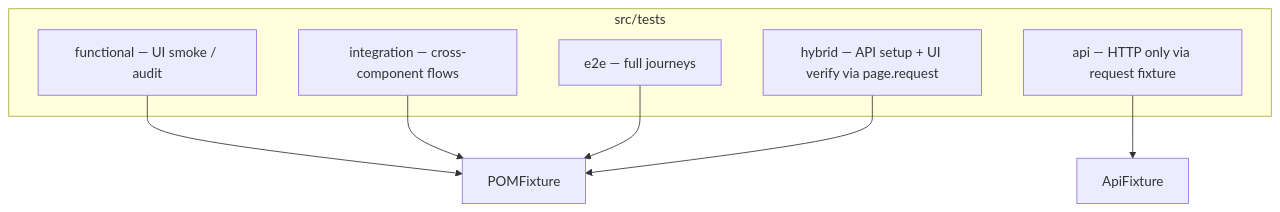
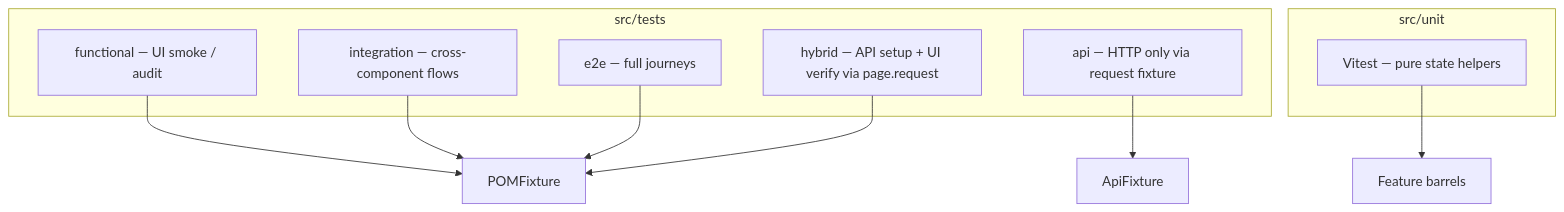
Before and after one commit to NandaRam153/Opencart-Playwright-Typescript-automation: the third of 4 diagrams in docs/ARCHITECTURE.md, drawn with Mermaid. The commit also changed other lines of this file and 19 other files, not shown here.

First line of the commit message:
Enhance testing framework by integrating Vitest for unit tests and updating documentation.

````diff
--- a/docs/ARCHITECTURE.md
+++ b/docs/ARCHITECTURE.md
@@ -157,16 +157,21 @@
 ```mermaid
 flowchart TD
     subgraph layers [src/tests]
         F[functional — UI smoke / audit]
         I[integration — cross-component flows]
         E[e2e — full journeys]
         A[api — HTTP only via request fixture]
         H[hybrid — API setup + UI verify via page.request]
     end
 
+    subgraph unit [src/unit]
+        U[Vitest — pure state helpers]
+    end
+
     F --> POMFixture
     I --> POMFixture
     E --> POMFixture
     H --> POMFixture
     A --> ApiFixture
+    U --> Barrels[Feature barrels]
 ```
````
